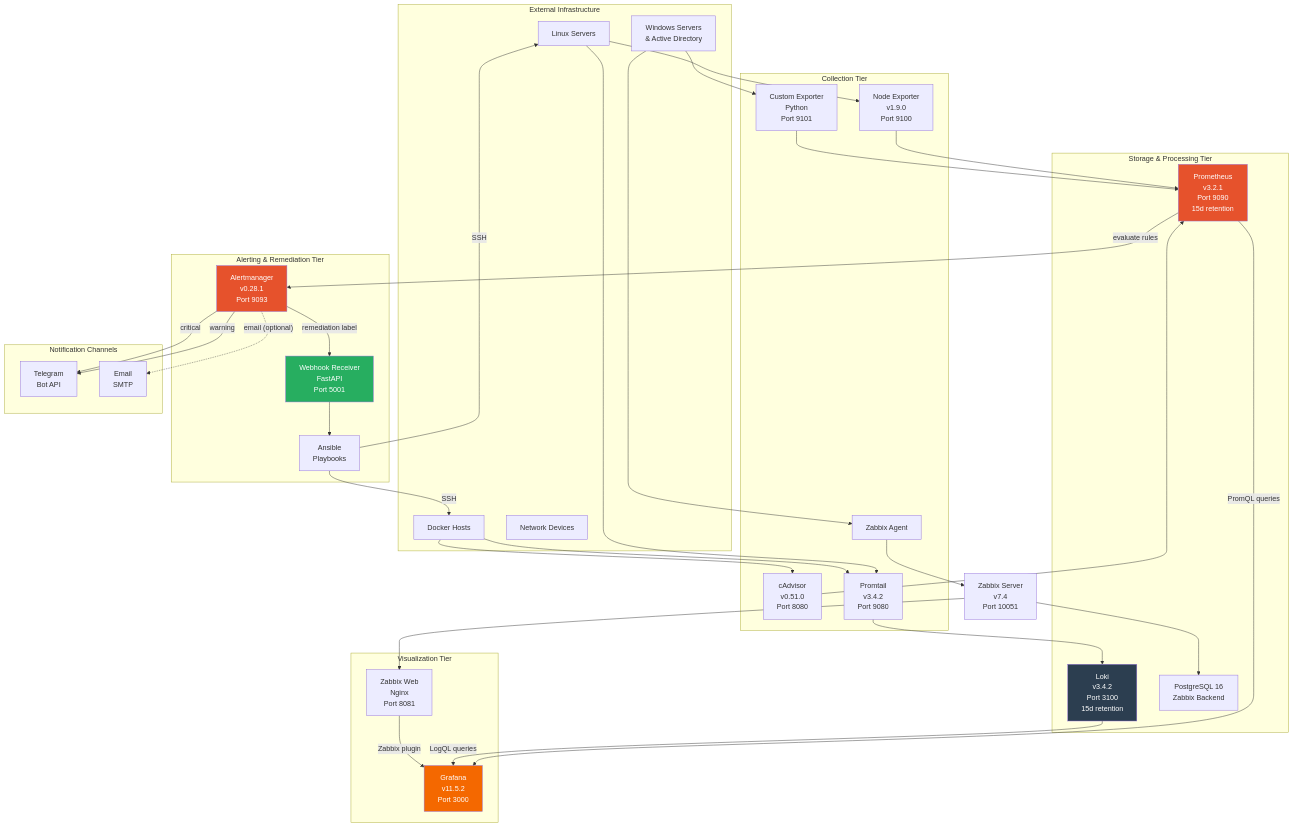
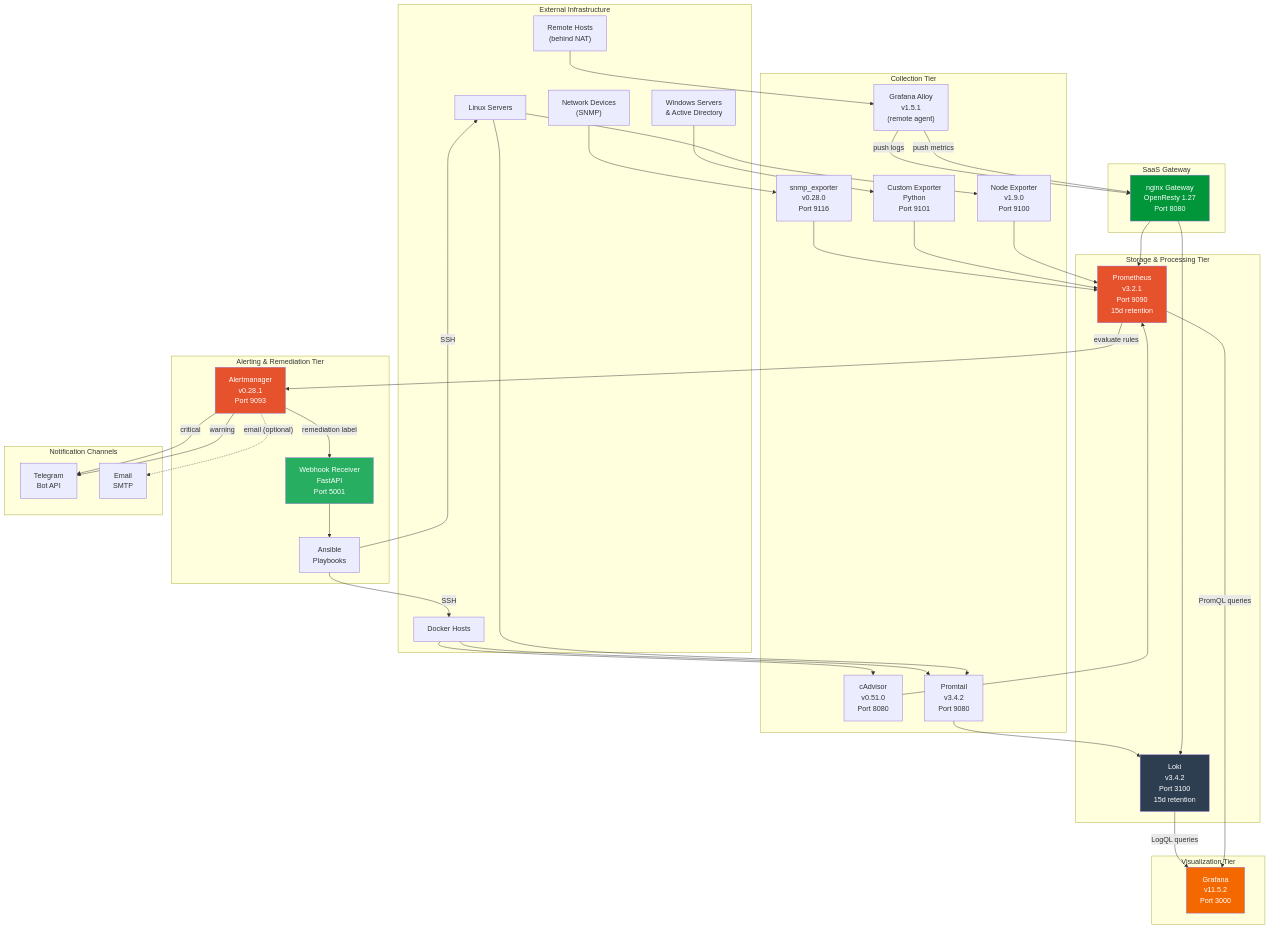
One commit to sahmaragaev/panoptes changed the first of 3 diagrams in docs/architecture.md. Above: the diagram before and after it, drawn with Mermaid. The commit also changed other lines of this file and 36 other files, not shown here.

First line of the commit message:
Update Docker Compose configuration, add Grafana Alloy agent, and enhance documentation

````diff
--- a/docs/architecture.md
+++ b/docs/architecture.md
@@ -36,74 +37,82 @@
 ```mermaid
 flowchart TB
     subgraph External["External Infrastructure"]
         LS["Linux Servers"]
         WS["Windows Servers\n& Active Directory"]
         DC["Docker Hosts"]
-        NET["Network Devices"]
+        NET["Network Devices\n(SNMP)"]
+        RH["Remote Hosts\n(behind NAT)"]
     end
 
     subgraph Collection["Collection Tier"]
         NE["Node Exporter\nv1.9.0\nPort 9100"]
         CE["Custom Exporter\nPython\nPort 9101"]
         CA["cAdvisor\nv0.51.0\nPort 8080"]
         PT["Promtail\nv3.4.2\nPort 9080"]
-        ZAG["Zabbix Agent"]
+        SE["snmp_exporter\nv0.28.0\nPort 9116"]
+        AL["Grafana Alloy\nv1.5.1\n(remote agent)"]
     end
 
     subgraph Storage["Storage & Processing Tier"]
         PR["Prometheus\nv3.2.1\nPort 9090\n15d retention"]
         LK["Loki\nv3.4.2\nPort 3100\n15d retention"]
-        PG["PostgreSQL 16\nZabbix Backend"]
+    end
+
+    subgraph Gateway["SaaS Gateway"]
+        NG["nginx Gateway\nOpenResty 1.27\nPort 8080"]
     end
 
     subgraph Alerting["Alerting & Remediation Tier"]
         AM["Alertmanager\nv0.28.1\nPort 9093"]
         WH["Webhook Receiver\nFastAPI\nPort 5001"]
         AB["Ansible\nPlaybooks"]
     end
 
     subgraph Viz["Visualization Tier"]
         GR["Grafana\nv11.5.2\nPort 3000"]
-        ZW["Zabbix Web\nNginx\nPort 8081"]
     end
 
     subgraph Notify["Notification Channels"]
         TG["Telegram\nBot API"]
         EM["Email\nSMTP"]
     end
 
     LS --> NE
     LS --> PT
-    WS --> ZAG
     WS --> CE
     DC --> CA
     DC --> PT
+    NET --> SE
+
+    RH --> AL
+    AL -->|"push metrics"| NG
+    AL -->|"push logs"| NG
+    NG --> PR
+    NG --> LK
 
     NE --> PR
     CE --> PR
     CA --> PR
+    SE --> PR
     PT --> LK
-    ZAG --> ZS["Zabbix Server\nv7.4\nPort 10051"]
-    ZS --> PG
 
     PR -->|"evaluate rules"| AM
     PR -->|"PromQL queries"| GR
     LK -->|"LogQL queries"| GR
-    ZS --> ZW
-    ZW -->|"Zabbix plugin"| GR
 
     AM -->|"warning"| TG
     AM -->|"critical"| TG
     AM -->|"remediation label"| WH
     AM -.->|"email (optional)"| EM
 
     WH --> AB
     AB -->|"SSH"| LS
     AB -->|"SSH"| DC
 
     style PR fill:#E6522C,color:#fff
     style GR fill:#F46800,color:#fff
     style LK fill:#2C3E50,color:#fff
     style AM fill:#E6522C,color:#fff
     style WH fill:#27AE60,color:#fff
+    style NG fill:#009639,color:#fff
 ```
````
